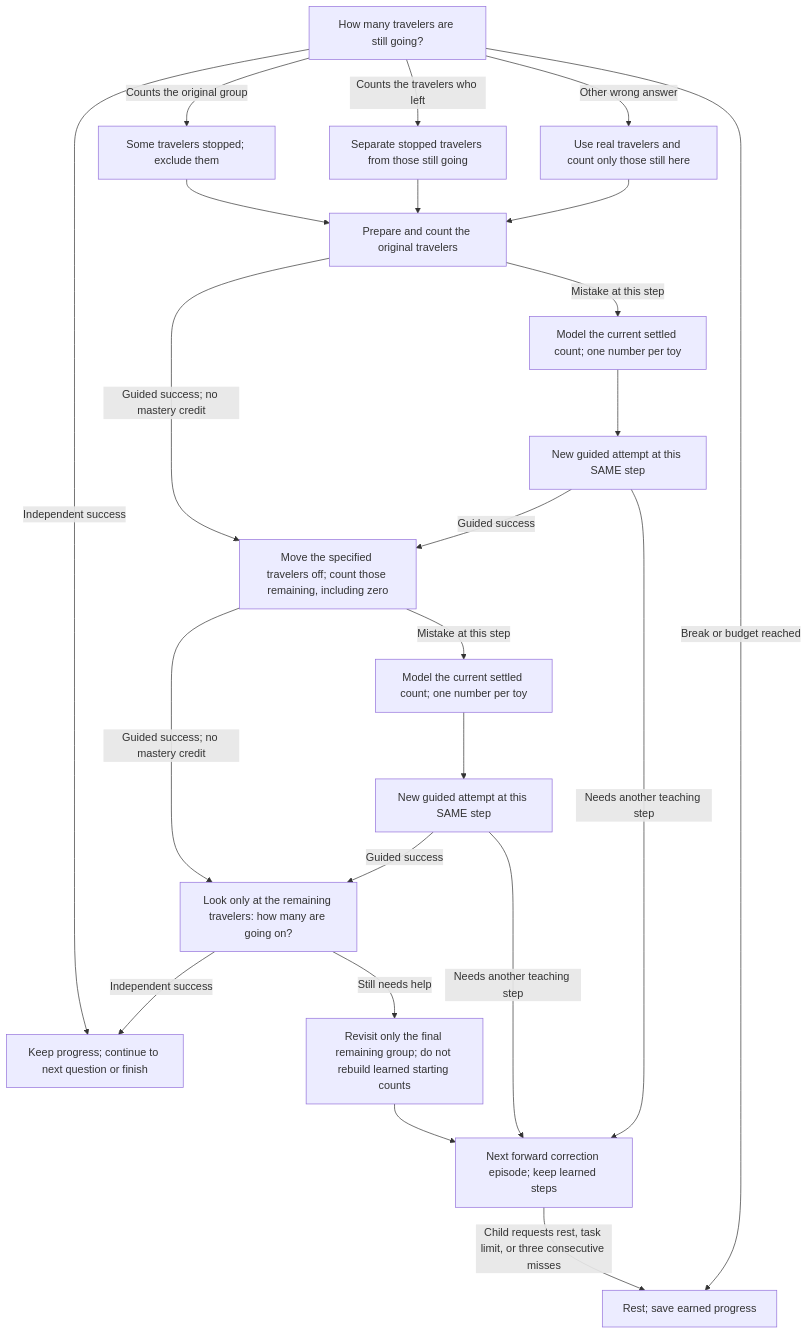
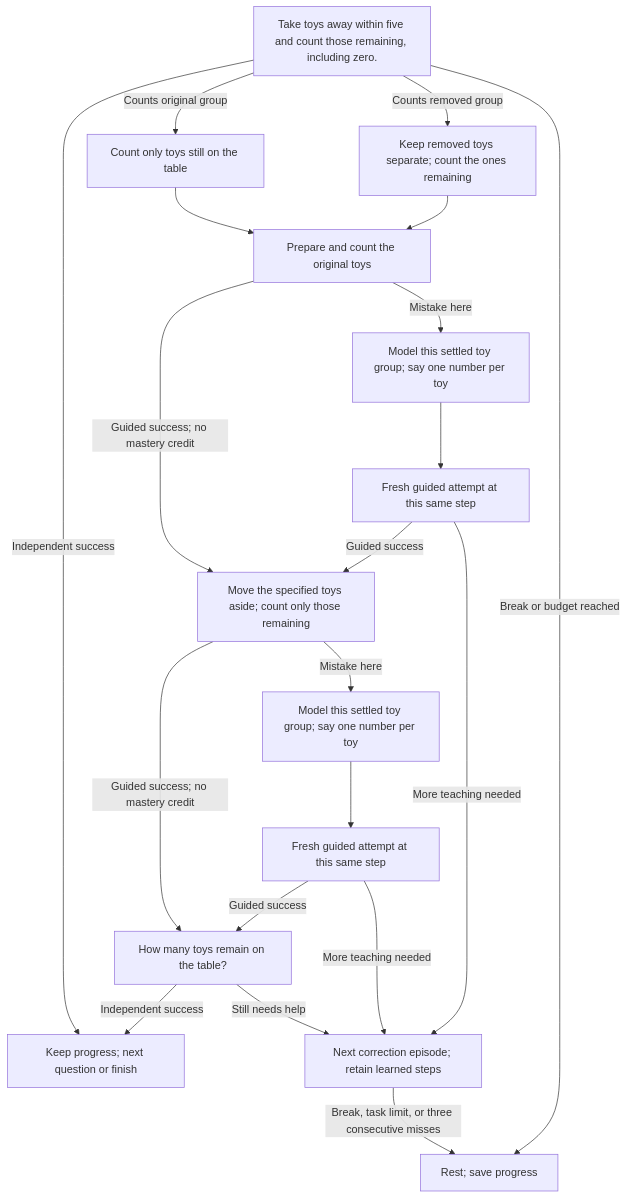
Before and after one commit to sealsbroken/unmath: the diagram in docs/wiki/Lesson-3-Cave-train.md, drawn with Mermaid. The commit also changed other lines of this file and 33 other files, not shown here.

Commit message:
Start directly with real toys and remove pretend roles and adult prompts

````diff
--- a/docs/wiki/Lesson-3-Cave-train.md
+++ b/docs/wiki/Lesson-3-Cave-train.md
@@ -37,25 +32,22 @@
 ```mermaid
 flowchart TD
-    Choose["How many travelers are still going?"] -->|"Independent success"| Done["Keep progress; continue to next question or finish"]
-    Choose -->|"Counts the original group"| E0["Some travelers stopped; exclude them"]
+    Start["Take toys away within five and count those remaining, including zero."] -->|"Independent success"| Done["Keep progress; next question or finish"]
+    Start -->|"Counts original group"| E0["Count only toys still on the table"]
     E0 --> S0
-    Choose -->|"Counts the travelers who left"| E1["Separate stopped travelers from those still going"]
+    Start -->|"Counts removed group"| E1["Keep removed toys separate; count the ones remaining"]
     E1 --> S0
-    Choose -->|"Other wrong answer"| E2["Use real travelers and count only those still here"]
-    E2 --> S0
-    S0["Prepare and count the original travelers"] -->|"Guided success; no mastery credit"| S1
-    S0 -->|"Mistake at this step"| H0["Model the current settled count; one number per toy"]
-    H0 --> R0["New guided attempt at this SAME step"]
+    S0["Prepare and count the original toys"] -->|"Guided success; no mastery credit"| S1
+    S0 -->|"Mistake here"| H0["Model this settled toy group; say one number per toy"]
+    H0 --> R0["Fresh guided attempt at this same step"]
     R0 -->|"Guided success"| S1
-    R0 -->|"Needs another teaching step"| Continue["Next forward correction episode; keep learned steps"]
-    S1["Move the specified travelers off; count those remaining, including zero"] -->|"Guided success; no mastery credit"| Follow
-    S1 -->|"Mistake at this step"| H1["Model the current settled count; one number per toy"]
-    H1 --> R1["New guided attempt at this SAME step"]
+    R0 -->|"More teaching needed"| Continue["Next correction episode; retain learned steps"]
+    S1["Move the specified toys aside; count only those remaining"] -->|"Guided success; no mastery credit"| Follow
+    S1 -->|"Mistake here"| H1["Model this settled toy group; say one number per toy"]
+    H1 --> R1["Fresh guided attempt at this same step"]
     R1 -->|"Guided success"| Follow
-    R1 -->|"Needs another teaching step"| Continue["Next forward correction episode; keep learned steps"]
-    Follow["Look only at the remaining travelers: how many are going on?"] -->|"Independent success"| Done
-    Follow -->|"Still needs help"| Focus["Revisit only the final remaining group; do not rebuild learned starting counts"]
-    Focus --> Continue
-    Choose -->|"Break or budget reached"| Rest["Rest; save earned progress"]
-    Continue -->|"Child requests rest, task limit, or three consecutive misses"| Rest
+    R1 -->|"More teaching needed"| Continue["Next correction episode; retain learned steps"]
+    Follow["How many toys remain on the table?"] -->|"Independent success"| Done
+    Follow -->|"Still needs help"| Continue
+    Start -->|"Break or budget reached"| Rest["Rest; save progress"]
+    Continue -->|"Break, task limit, or three consecutive misses"| Rest
 ```
````
